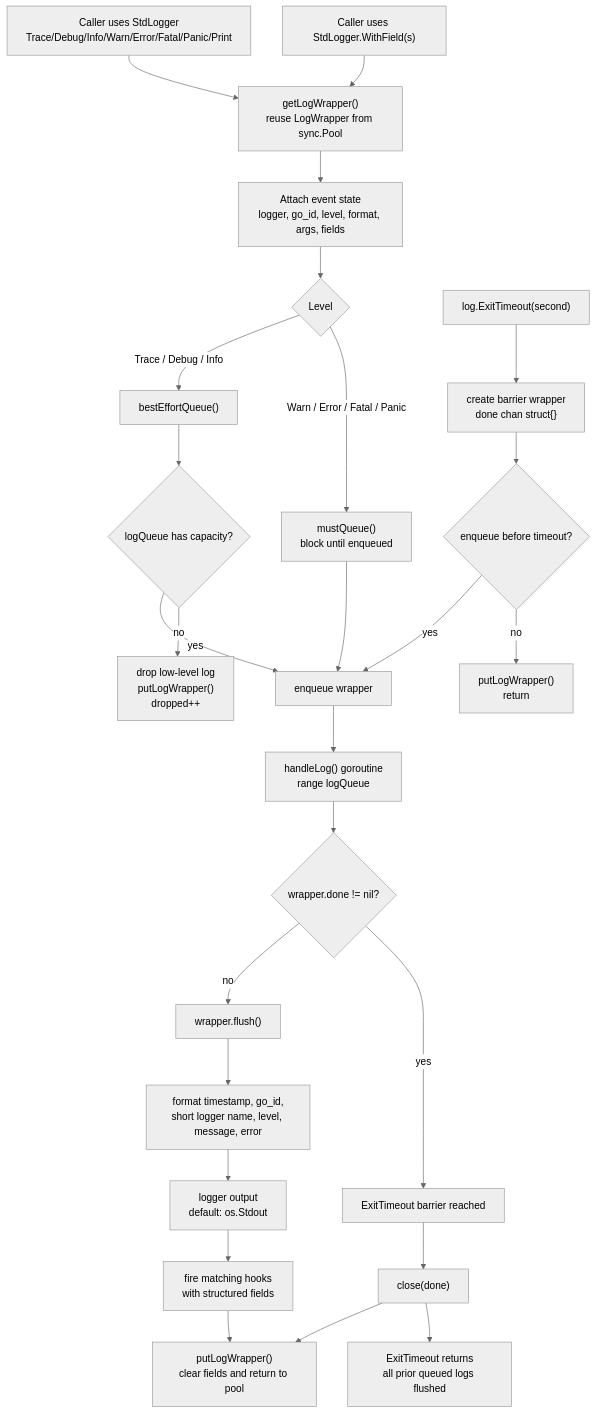
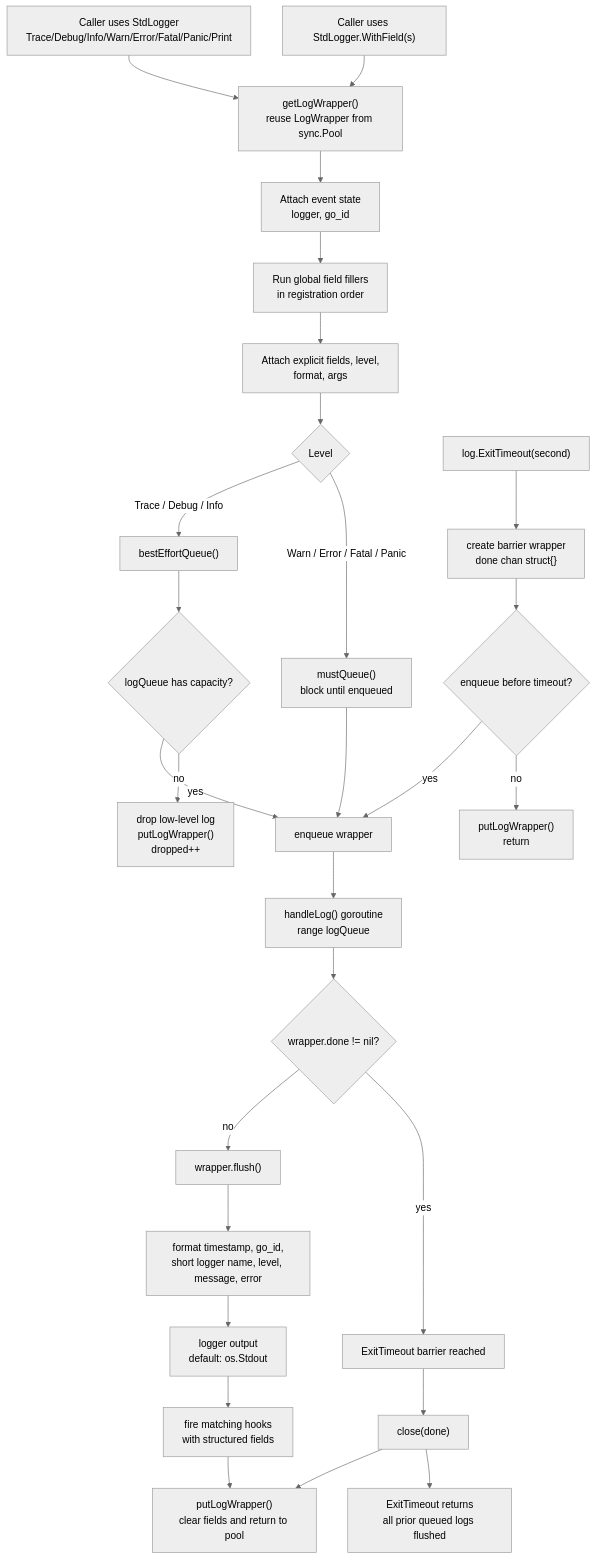
Before and after one commit to real-uangi/allingo: the first of 2 diagrams in common/log/README.md, drawn with Mermaid (neutral theme). The commit also changed other lines of this file and 3 other files, not shown here.

Commit message:
Add global log field fillers

````diff
--- a/common/log/README.md
+++ b/common/log/README.md
@@ -3,33 +3,35 @@
 ```mermaid
 flowchart TD
     A["Caller uses StdLogger<br/>Trace/Debug/Info/Warn/Error/Fatal/Panic/Print"] --> B["getLogWrapper()<br/>reuse LogWrapper from sync.Pool"]
     A2["Caller uses StdLogger.WithField(s)"] --> B
-    B --> C["Attach event state<br/>logger, go_id, level, format, args, fields"]
-    C --> D{"Level"}
+    B --> C["Attach event state<br/>logger, go_id"]
+    C --> C2["Run global field fillers<br/>in registration order"]
+    C2 --> C3["Attach explicit fields, level,<br/>format, args"]
+    C3 --> D{"Level"}
 
     D -->|"Trace / Debug / Info"| F["bestEffortQueue()"]
     F --> G{"logQueue has capacity?"}
     G -->|"yes"| H["enqueue wrapper"]
     G -->|"no"| I["drop low-level log<br/>putLogWrapper()<br/>dropped++"]
 
     D -->|"Warn / Error / Fatal / Panic"| J["mustQueue()<br/>block until enqueued"]
     J --> H
 
     H --> K["handleLog() goroutine<br/>range logQueue"]
     K --> L{"wrapper.done != nil?"}
     L -->|"no"| M["wrapper.flush()"]
     M --> N["format timestamp, go_id,<br/>short logger name, level, message, error"]
     N --> O["logger output<br/>default: os.Stdout"]
     O --> P["fire matching hooks<br/>with structured fields"]
     P --> R["putLogWrapper()<br/>clear fields and return to pool"]
 
     L -->|"yes"| S["ExitTimeout barrier reached"]
     S --> T["close(done)"]
     T --> R
 
     U["log.ExitTimeout(second)"] --> V["create barrier wrapper<br/>done chan struct{}"]
     V --> W{"enqueue before timeout?"}
     W -->|"yes"| H
     W -->|"no"| X["putLogWrapper()<br/>return"]
     T --> Y["ExitTimeout returns<br/>all prior queued logs flushed"]
 ```
````
